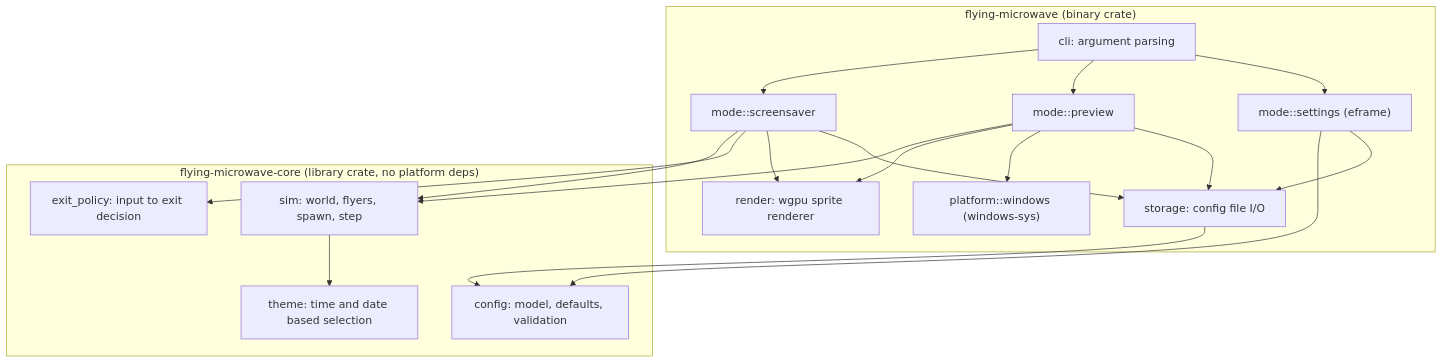
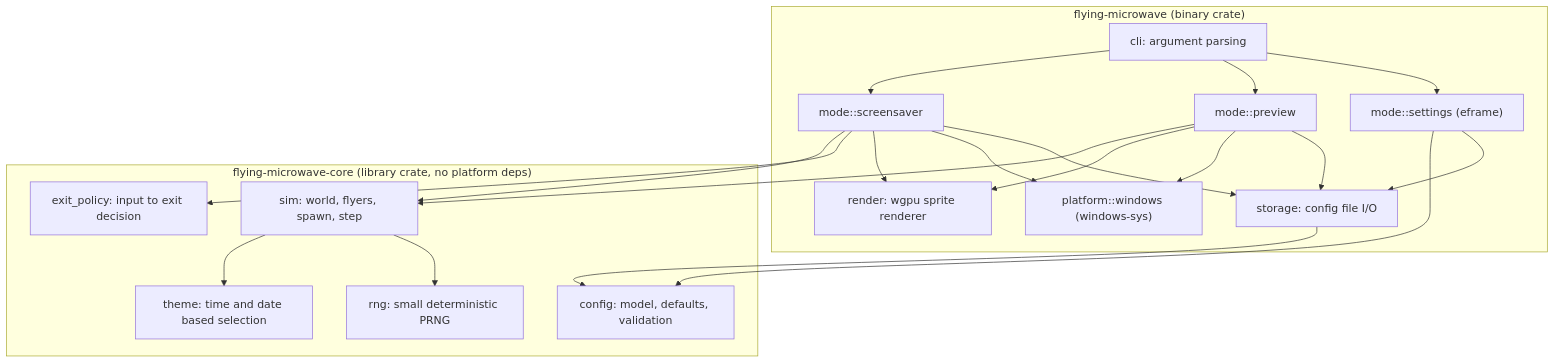
Before and after one commit to suchi/flying-microwave: the first of 3 diagrams in docs/design/architecture.md, drawn with Mermaid. The commit also changed other lines of this file and 6 other files, not shown here.

````diff
--- a/docs/design/architecture.md
+++ b/docs/design/architecture.md
@@ -20,33 +21,36 @@
 ```mermaid
 flowchart TB
     subgraph app["flying-microwave (binary crate)"]
         cli["cli: argument parsing"]
         saver["mode::screensaver"]
         preview["mode::preview"]
         settingsui["mode::settings (eframe)"]
         render["render: wgpu sprite renderer"]
         storage["storage: config file I/O"]
         platform["platform::windows (windows-sys)"]
     end
     subgraph core["flying-microwave-core (library crate, no platform deps)"]
         config["config: model, defaults, validation"]
         sim["sim: world, flyers, spawn, step"]
         theme["theme: time and date based selection"]
         exitpolicy["exit_policy: input to exit decision"]
+        rng["rng: small deterministic PRNG"]
     end
     cli --> saver
     cli --> preview
     cli --> settingsui
     saver --> sim
     saver --> exitpolicy
     saver --> render
+    saver --> platform
     preview --> sim
     preview --> render
     preview --> platform
     settingsui --> config
     settingsui --> storage
     saver --> storage
     preview --> storage
     storage --> config
     sim --> theme
+    sim --> rng
 ```
````
